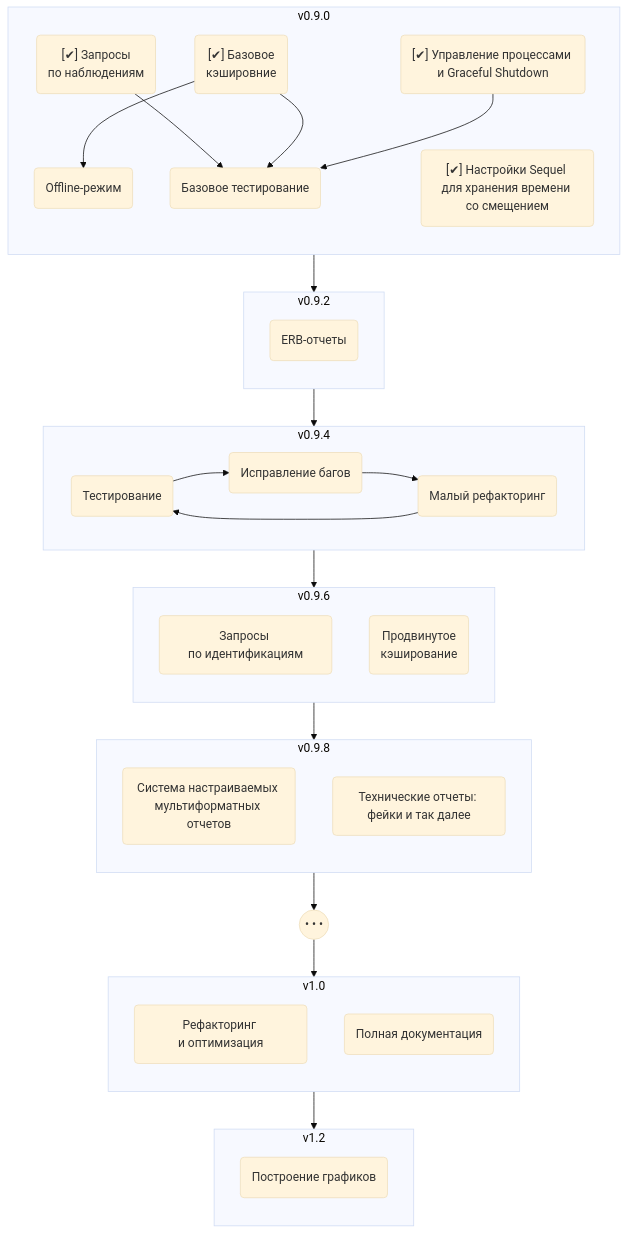
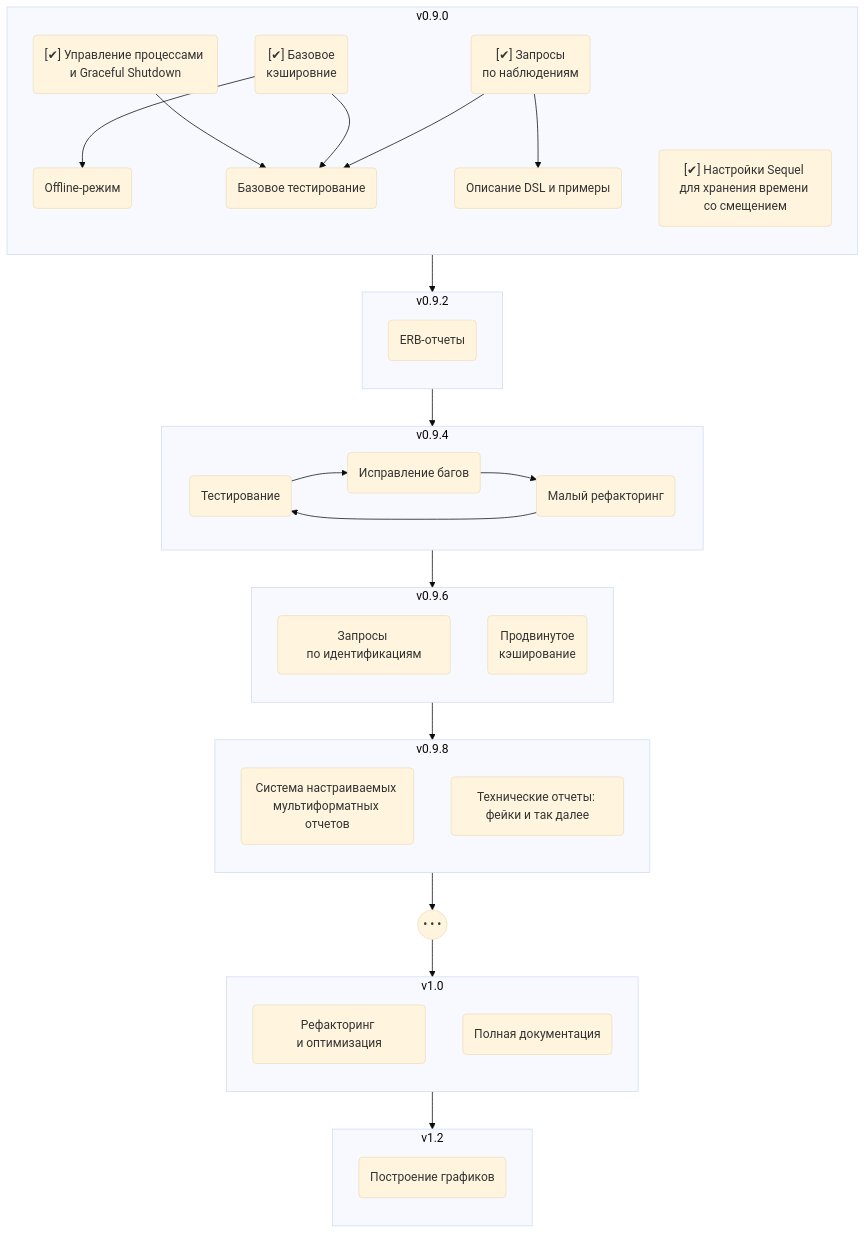
Before and after one commit to inat-get/inat-get: the diagram in share/inat-get/dev-docs/roadmap.md, drawn with Mermaid (base theme).

Commit message:
minor in roadmap

````diff
--- a/share/inat-get/dev-docs/roadmap.md
+++ b/share/inat-get/dev-docs/roadmap.md
@@ -2,67 +2,70 @@
 ```mermaid
 flowchart TB
 
   subgraph R090 ["v0.9.0"]
     direction TB
     Observs("[✔] Запросы<br>по наблюдениям")
     Caching("[✔] Базовое<br>кэшировние")
     Shutdown("[✔] Управление процессами и Graceful Shutdown")
     Timing("[✔] Настройки Sequel для хранения времени со смещением")
     Offline("Offline-режим")
     BaseTesting("Базовое тестирование")
+    BaseDoc("Описание DSL и примеры")
   end
 
   subgraph R092 ["v0.9.2"]
     direction TB
     ERB("ERB-отчеты")
+
   end
 
   subgraph R094 ["v0.9.4"]
     direction LR
     Testing("Тестирование")
     Debugging("Исправление багов")
     Ref1("Малый рефакторинг")
   end
 
   subgraph R096 ["v0.9.6"]
     direction TB
     Idents("Запросы по идентификациям")
     AdvCaching("Продвинутое<br>кэширование")
   end
 
   subgraph R098 ["v0.9.8"]
     direction TB
     Reporting("Система настраиваемых мультиформатных отчетов")
     TechReps("Технические отчеты: фейки и так далее")
   end
 
   Smth(("• • •"))
 
   subgraph R100 ["v1.0"]
     direction TB
     Refactoring("Рефакторинг и оптимизация")
     Documenting("Полная документация")
   end
 
   subgraph R120 ["v1.2"]
     direction TB
     Graphics("Построение графиков")
   end
 
   R090 --> R092
   R092 --> R094
   R094 --> R096
   R096 --> R098
   R098 --> Smth
   Smth --> R100
   R100 --> R120
 
   Caching --> Offline
   Observs --> BaseTesting
   Caching --> BaseTesting
   Shutdown --> BaseTesting
+  Observs --> BaseDoc
 
   Testing --> Debugging
   Debugging --> Ref1
   Ref1 --> Testing
 ```
````
